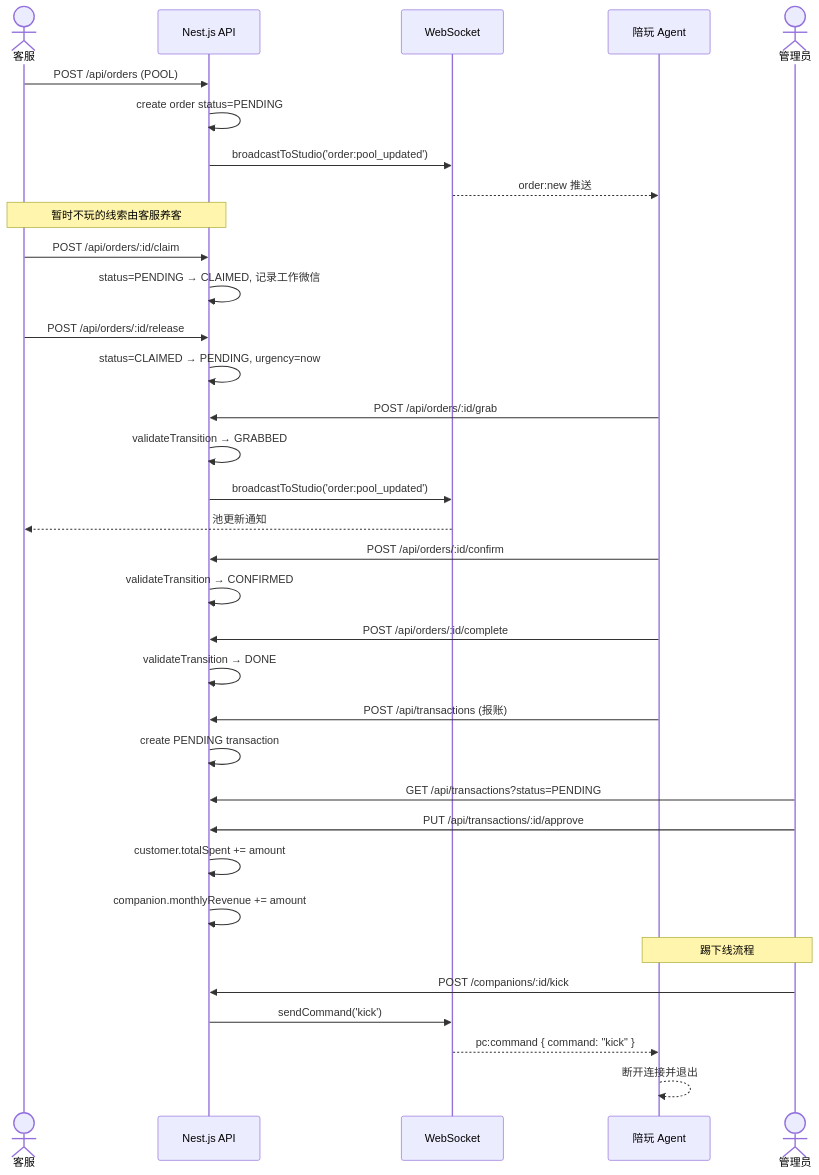
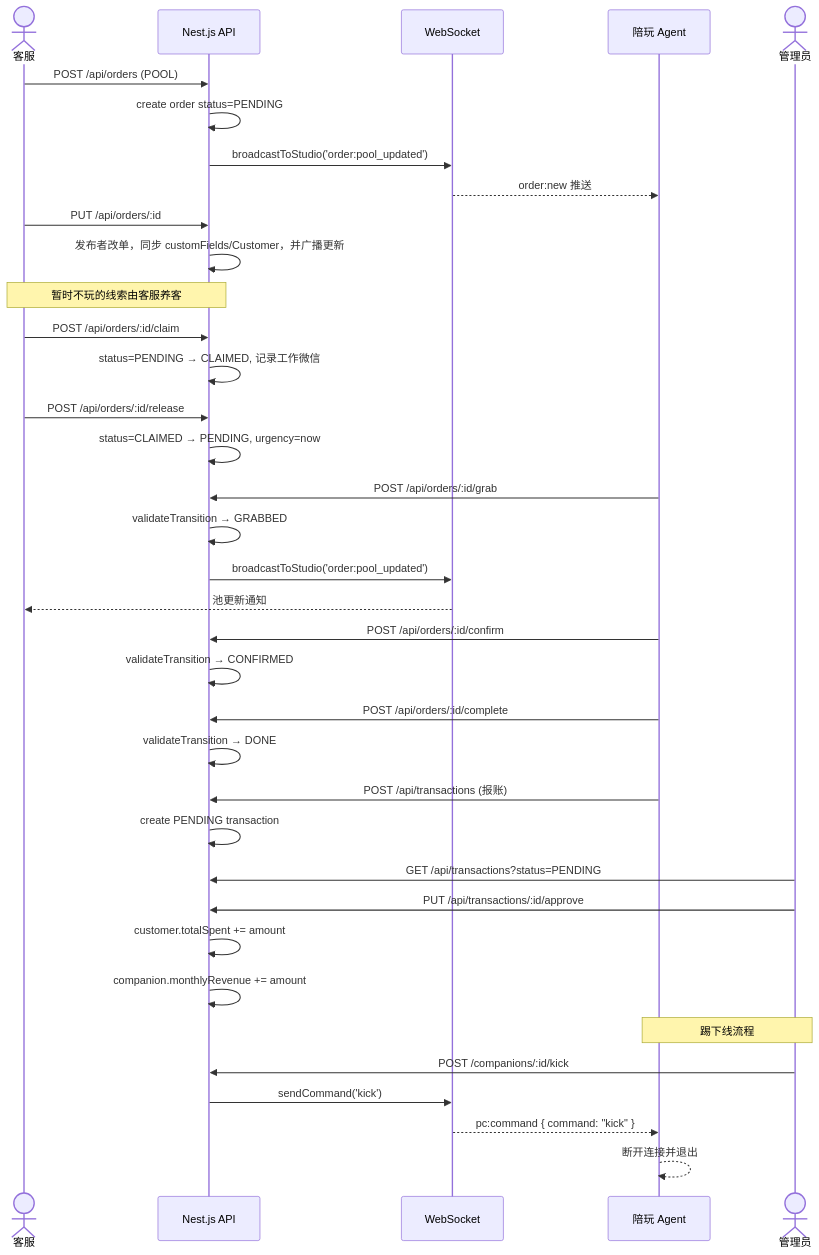
The fourth of 10 diagrams in docs/ARCHITECTURE.md (opsvr-ai/game-workspace), drawn with Mermaid before and after one commit. The commit also changed other lines of this file and 2 other files, not shown here.

````diff
--- a/docs/ARCHITECTURE.md
+++ b/docs/ARCHITECTURE.md
@@ -109,44 +109,46 @@
 ```mermaid
 sequenceDiagram
     actor CS as 客服
     participant API as Nest.js API
     participant WS as WebSocket
     participant CP as 陪玩 Agent
     actor ADMIN as 管理员
 
     CS->>API: POST /api/orders (POOL)
     API->>API: create order status=PENDING
     API->>WS: broadcastToStudio('order:pool_updated')
     WS-->>CP: order:new 推送
+    CS->>API: PUT /api/orders/:id
+    API->>API: 发布者改单，同步 customFields/Customer，并广播更新
 
     Note over CS,API: 暂时不玩的线索由客服养客
     CS->>API: POST /api/orders/:id/claim
     API->>API: status=PENDING → CLAIMED, 记录工作微信
     CS->>API: POST /api/orders/:id/release
     API->>API: status=CLAIMED → PENDING, urgency=now
 
     CP->>API: POST /api/orders/:id/grab
     API->>API: validateTransition → GRABBED
     API->>WS: broadcastToStudio('order:pool_updated')
     WS-->>CS: 池更新通知
 
     CP->>API: POST /api/orders/:id/confirm
     API->>API: validateTransition → CONFIRMED
 
     CP->>API: POST /api/orders/:id/complete
     API->>API: validateTransition → DONE
 
     CP->>API: POST /api/transactions (报账)
     API->>API: create PENDING transaction
 
     ADMIN->>API: GET /api/transactions?status=PENDING
     ADMIN->>API: PUT /api/transactions/:id/approve
     API->>API: customer.totalSpent += amount
     API->>API: companion.monthlyRevenue += amount
 
     Note over ADMIN,CP: 踢下线流程
     ADMIN->>API: POST /companions/:id/kick
     API->>WS: sendCommand('kick')
     WS-->>CP: pc:command { command: "kick" }
     CP-->>CP: 断开连接并退出
 ```
````
